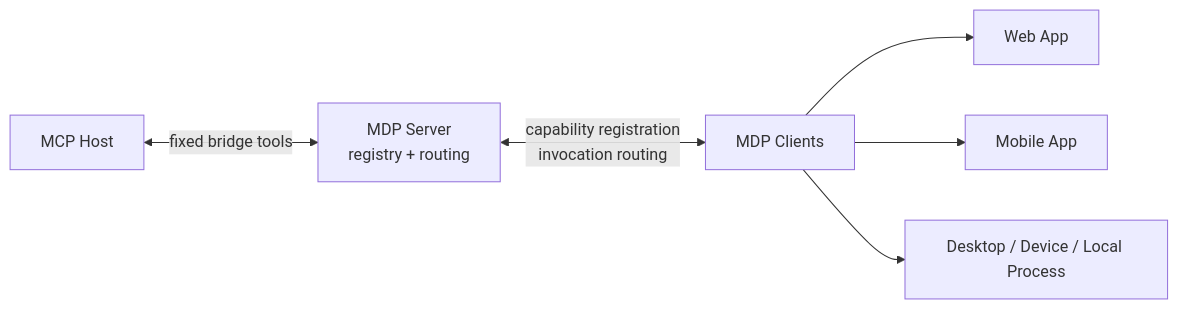
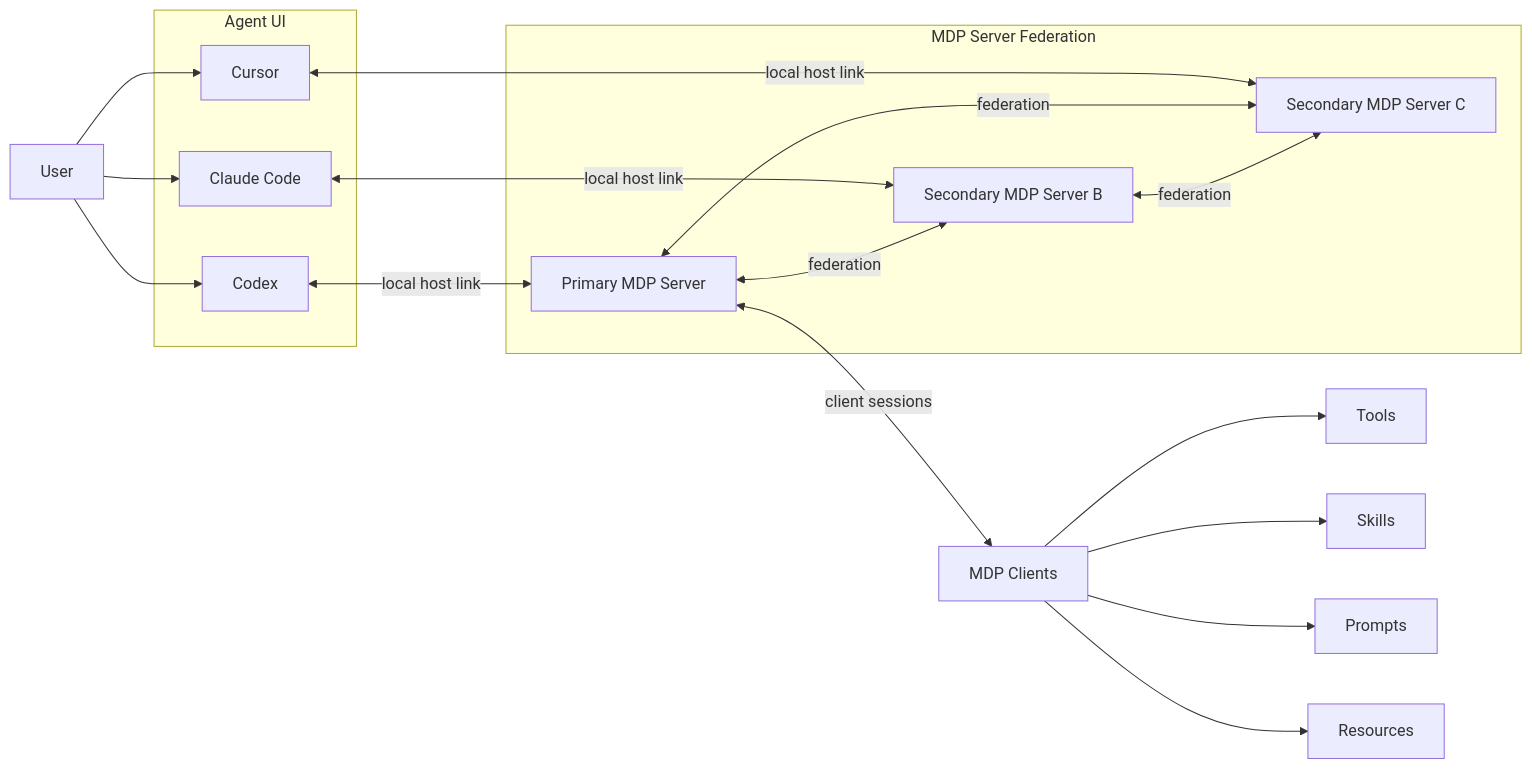
Before and after one commit to modeldriveprotocol/modeldriveprotocol: the first of 2 diagrams in README.md, drawn with Mermaid. The commit also changed other lines of this file and 68 other files, not shown here.

````diff
--- a/README.md
+++ b/README.md
@@ -65,8 +74,40 @@
 ```mermaid
 flowchart LR
-  host["MCP Host"] <-->|"fixed bridge tools"| server["MDP Server<br/>registry + routing"]
-  server <-->|"capability registration<br/>invocation routing"| clients["MDP Clients"]
-  clients --> web["Web App"]
-  clients --> mobile["Mobile App"]
-  clients --> local["Desktop / Device / Local Process"]
+  user["User"]
+
+  subgraph agents["Agent UI"]
+    claude["Claude Code"]
+    codex["Codex"]
+    cursor["Cursor"]
+  end
+
+  subgraph servers["MDP Server Federation"]
+    primary["Primary MDP Server"]
+    secondaryB["Secondary MDP Server B"]
+    secondaryC["Secondary MDP Server C"]
+  end
+
+  clients["MDP Clients"]
+  tools["Tools"]
+  skills["Skills"]
+  prompts["Prompts"]
+  resources["Resources"]
+
+  user --> claude
+  user --> codex
+  user --> cursor
+
+  claude <-->|"local host link"| secondaryB
+  codex <-->|"local host link"| primary
+  cursor <-->|"local host link"| secondaryC
+
+  primary <-->|"federation"| secondaryB
+  primary <-->|"federation"| secondaryC
+  secondaryB <-->|"federation"| secondaryC
+
+  primary <-->|"client sessions"| clients
+  clients --> tools
+  clients --> skills
+  clients --> prompts
+  clients --> resources
 ```
````
